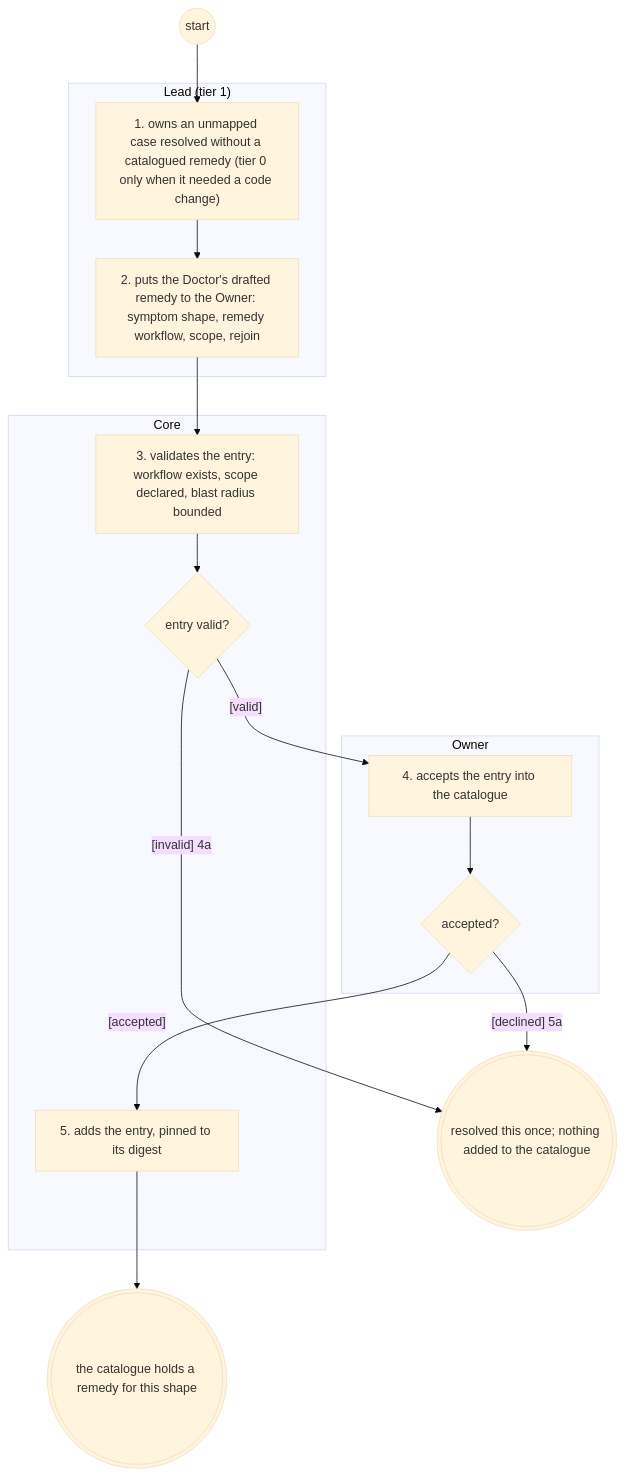
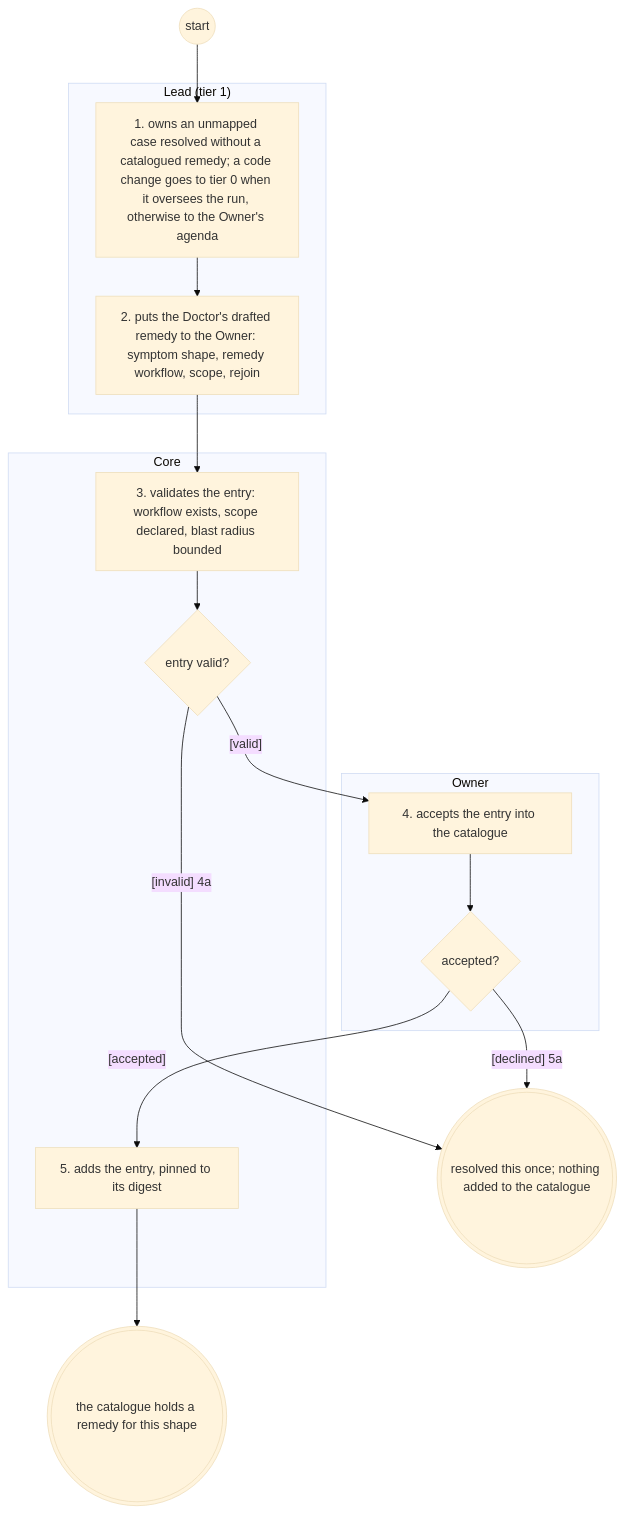
Before and after one commit to Jake36999/Librarian_V2: the diagram in reports/2026-11-25-systems-analysis-finalisation/librarian/to-be/views/learn.views.md, drawn with Mermaid (base theme). The commit also changed other lines of this file and 28 other files, not shown here.

````diff
--- a/reports/2026-11-25-systems-analysis-finalisation/librarian/to-be/views/learn.views.md
+++ b/reports/2026-11-25-systems-analysis-finalisation/librarian/to-be/views/learn.views.md
@@ -46,30 +46,30 @@
 ```mermaid
 flowchart TD
   subgraph Lead_tier_1_["Lead (tier 1)"]
-    a1["1. owns an unmapped case resolved without a catalogued remedy (tier 0 only when it needed a code change)"]
+    a1["1. owns an unmapped case resolved without a catalogued remedy; a code change goes to tier 0 when it oversees the run, otherwise to the Owner's agenda"]
     a2["2. puts the Doctor's drafted remedy to the Owner: symptom shape, remedy workflow, scope, rejoin"]
   end
   subgraph Owner["Owner"]
     a4["4. accepts the entry into the catalogue"]
     d2{"accepted?"}
   end
   subgraph Core["Core"]
     a3["3. validates the entry: workflow exists, scope declared, blast radius bounded"]
     d1{"entry valid?"}
     a5["5. adds the entry, pinned to its digest"]
   end
   s(("start"))
   e1((("the catalogue holds a remedy for this shape")))
   e2((("resolved this once; nothing added to the catalogue")))
   s --> a1
   a1 --> a2
   a2 --> a3
   a3 --> d1
   d1 -->|"[valid]"| a4
   d1 -->|"[invalid] 4a"| e2
   a4 --> d2
   d2 -->|"[accepted]"| a5
   d2 -->|"[declined] 5a"| e2
   a5 --> e1
   classDef ext stroke:#d9534f,stroke-width:2px
 ```
````
